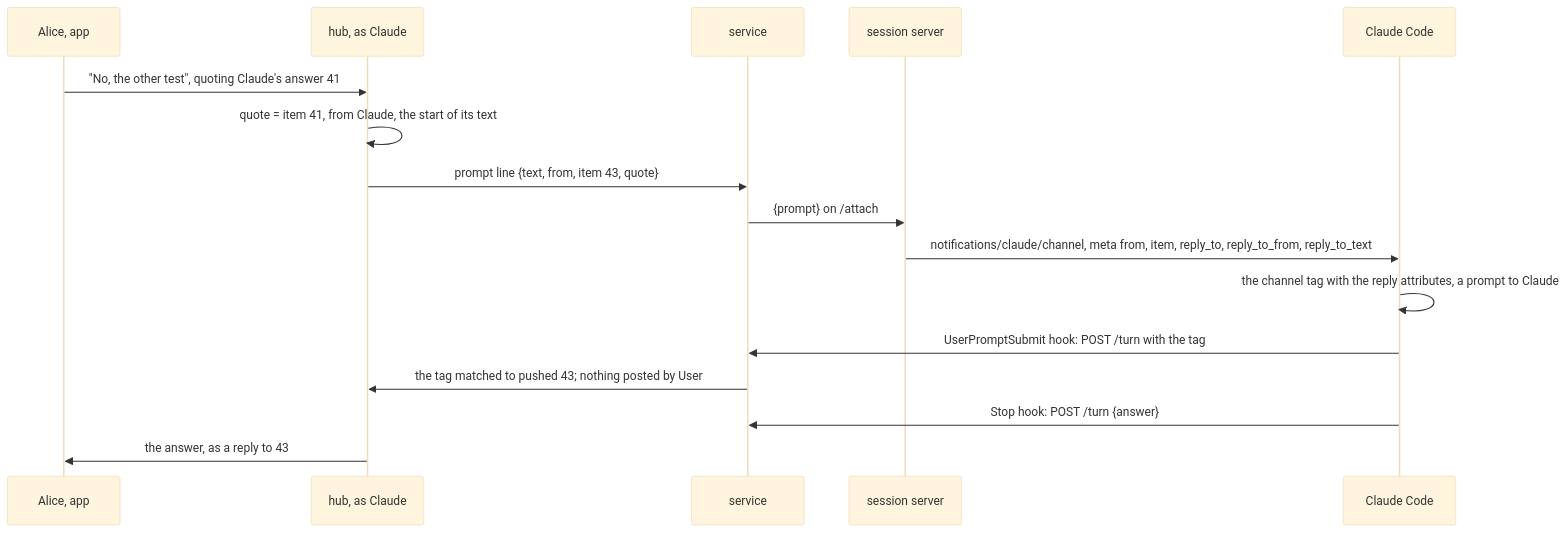
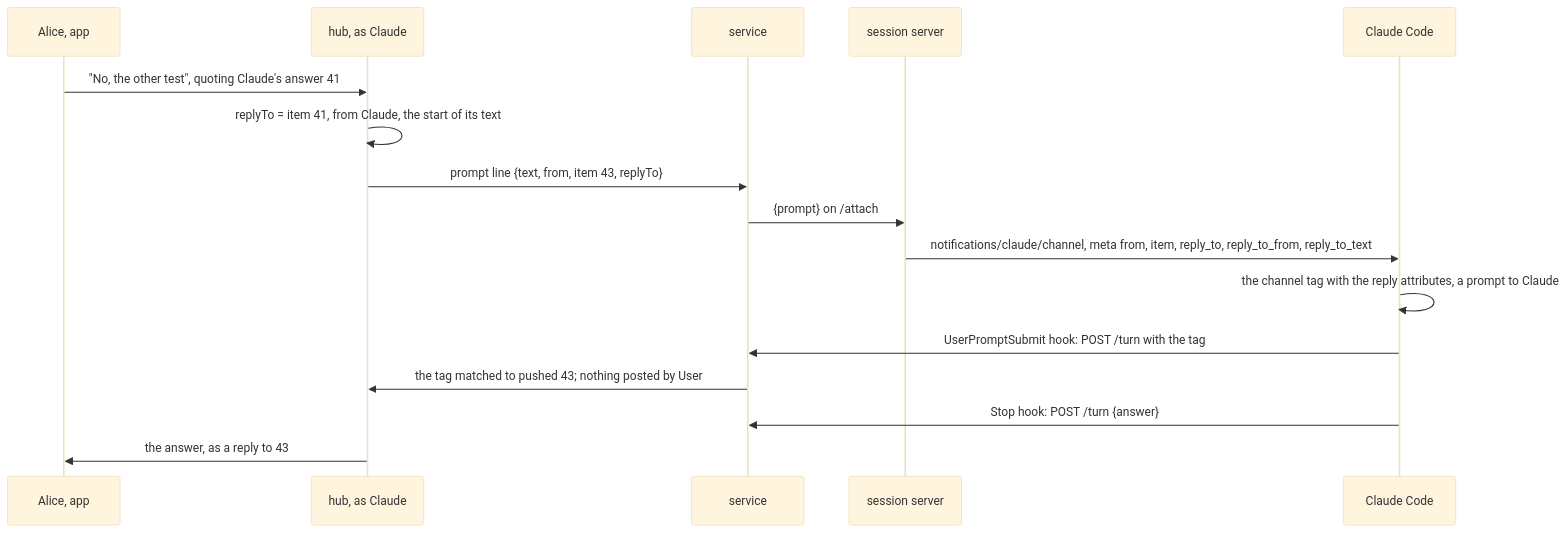
One commit to simplex-chat/simplex-chat changed the first of 2 diagrams in plans/2026-11-12-mcp-replies.md. Above: the diagram before and after it, drawn with Mermaid (base theme). The commit also changed other lines of this file, not shown here.

````diff
--- a/plans/2026-11-12-mcp-replies.md
+++ b/plans/2026-11-12-mcp-replies.md
@@ -94,18 +94,18 @@
 ```mermaid
 sequenceDiagram
   participant A as Alice, app
   participant H as hub, as Claude
   participant D as service
   participant S as session server
   participant C as Claude Code
   A->>H: "No, the other test", quoting Claude's answer 41
-  H->>H: quote = item 41, from Claude, the start of its text
-  H->>D: prompt line {text, from, item 43, quote}
+  H->>H: replyTo = item 41, from Claude, the start of its text
+  H->>D: prompt line {text, from, item 43, replyTo}
   D->>S: {prompt} on /attach
   S->>C: notifications/claude/channel, meta from, item, reply_to, reply_to_from, reply_to_text
   C->>C: the channel tag with the reply attributes, a prompt to Claude
   C->>D: UserPromptSubmit hook: POST /turn with the tag
   D->>H: the tag matched to pushed 43#59; nothing posted by User
   C->>D: Stop hook: POST /turn {answer}
   H->>A: the answer, as a reply to 43
 ```
````
